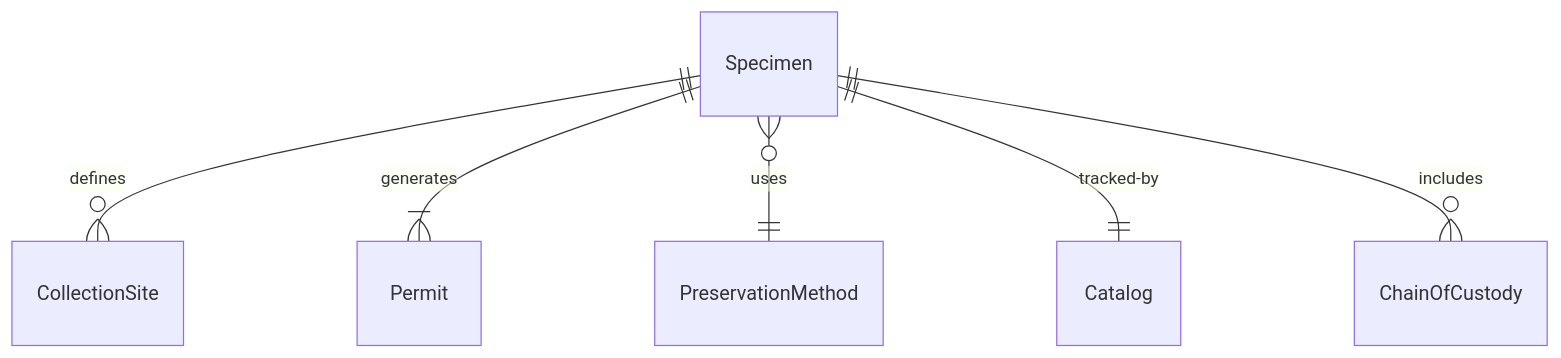
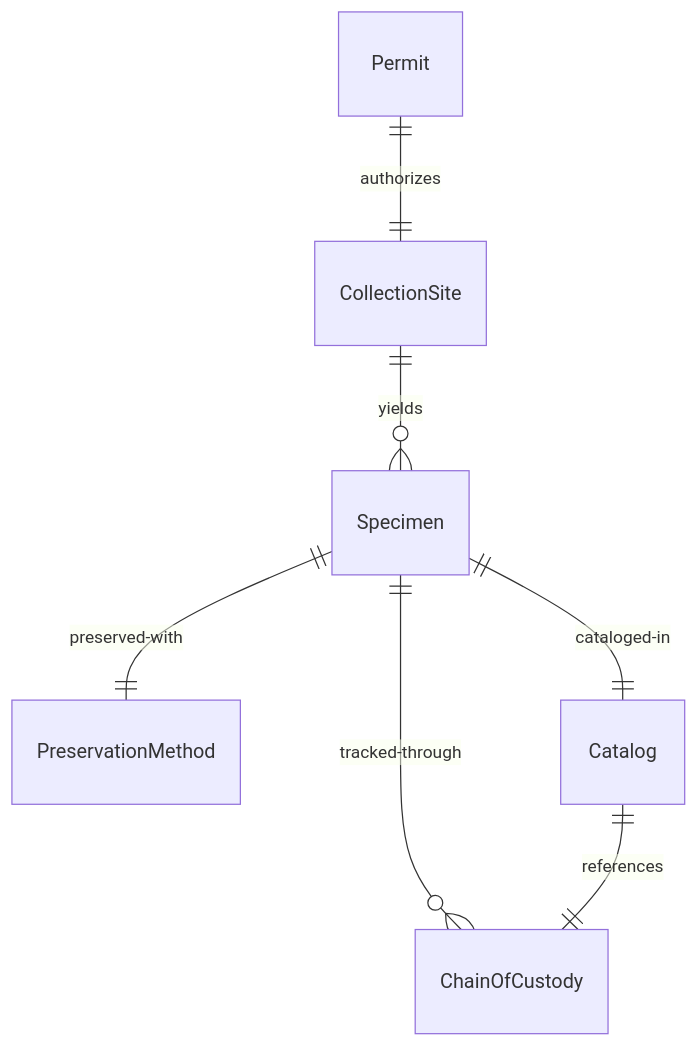
Before and after one commit to dot-org-ai/tasks.org.ai: the first of 4 diagrams in HandlingAndMovingObjects/CollectEnvironmentalOrBiologicalSamples/CollectBiologicalSpecimens.mdx, drawn with Mermaid. The commit also changed other lines of this file and 515 other files, not shown here.

````diff
--- a/HandlingAndMovingObjects/CollectEnvironmentalOrBiologicalSamples/CollectBiologicalSpecimens.mdx
+++ b/HandlingAndMovingObjects/CollectEnvironmentalOrBiologicalSamples/CollectBiologicalSpecimens.mdx
@@ -87,8 +87,9 @@
 ```mermaid
 erDiagram
-    Specimen ||--o{ CollectionSite : "defines"
-    Specimen ||--|{ Permit : "generates"
-    Specimen }o--|| PreservationMethod : "uses"
-    Specimen ||--|| Catalog : "tracked-by"
-    Specimen ||--o{ ChainOfCustody : "includes"
+    CollectionSite ||--o{ Specimen : "yields"
+    Permit ||--|| CollectionSite : "authorizes"
+    Specimen ||--|| PreservationMethod : "preserved-with"
+    Specimen ||--|| Catalog : "cataloged-in"
+    Specimen ||--o{ ChainOfCustody : "tracked-through"
+    Catalog ||--|| ChainOfCustody : "references"
 ```
````
